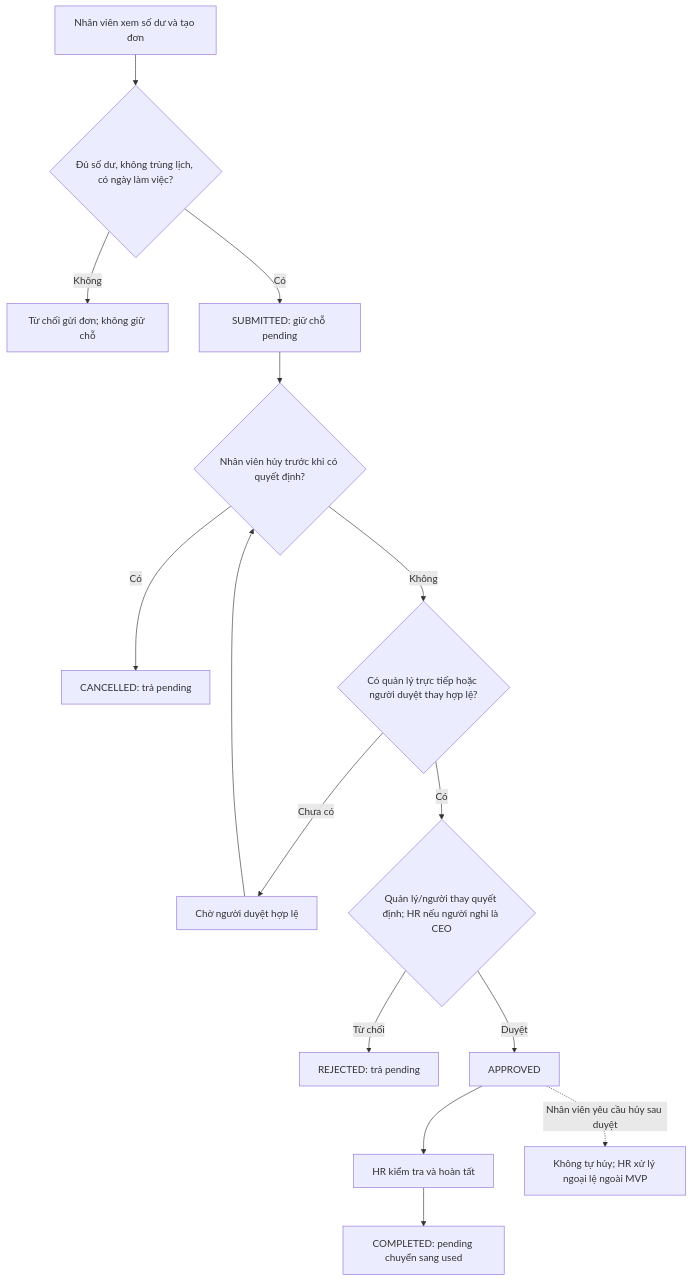
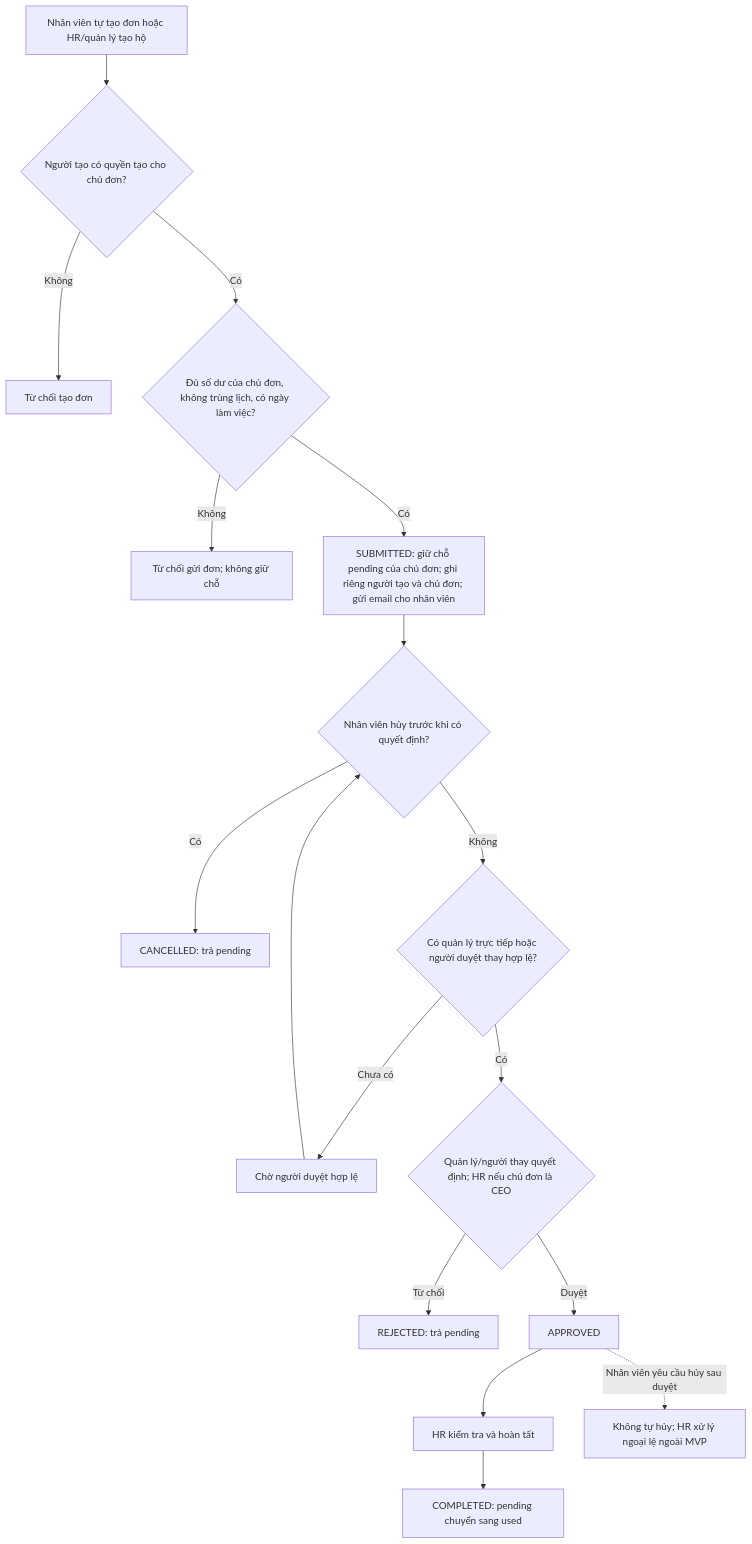
Before and after one commit to Acerchicken/HR-Enterprise-Platform: the diagram in docs/business/leave-rules.md, drawn with Mermaid. The commit also changed other lines of this file and 2 other files, not shown here.

Commit message:
docs(business): document leave requests on behalf
Clarify BR-12 creation permissions, leave ownership, approval, email, and audit behavior; align the access matrix and record the UC2 FR updates.

````diff
--- a/docs/business/leave-rules.md
+++ b/docs/business/leave-rules.md
@@ -25,17 +26,19 @@
 ```mermaid
 flowchart TD
-    A[Nhân viên xem số dư và tạo đơn] --> B{Đủ số dư, không trùng lịch, có ngày làm việc?}
-    B -- Không --> X[Từ chối gửi đơn; không giữ chỗ]
-    B -- Có --> C[SUBMITTED: giữ chỗ pending]
+    A[Nhân viên tự tạo đơn hoặc HR/quản lý tạo hộ] --> P{Người tạo có quyền tạo cho chủ đơn?}
+    P -- Không --> X1[Từ chối tạo đơn]
+    P -- Có --> B{Đủ số dư của chủ đơn, không trùng lịch, có ngày làm việc?}
+    B -- Không --> X2[Từ chối gửi đơn; không giữ chỗ]
+    B -- Có --> C[SUBMITTED: giữ chỗ pending của chủ đơn; ghi riêng người tạo và chủ đơn; gửi email cho nhân viên]
     C --> G{Nhân viên hủy trước khi có quyết định?}
     G -- Có --> H[CANCELLED: trả pending]
     G -- Không --> D{Có quản lý trực tiếp hoặc người duyệt thay hợp lệ?}
     D -- Chưa có --> W[Chờ người duyệt hợp lệ]
     W --> G
-    D -- Có --> E{Quản lý/người thay quyết định; HR nếu người nghỉ là CEO}
+    D -- Có --> E{Quản lý/người thay quyết định; HR nếu chủ đơn là CEO}
     E -- Từ chối --> R[REJECTED: trả pending]
     E -- Duyệt --> F[APPROVED]
     F --> I[HR kiểm tra và hoàn tất]
     I --> J[COMPLETED: pending chuyển sang used]
     F -. Nhân viên yêu cầu hủy sau duyệt .-> K[Không tự hủy; HR xử lý ngoại lệ ngoài MVP]
 ```
````
